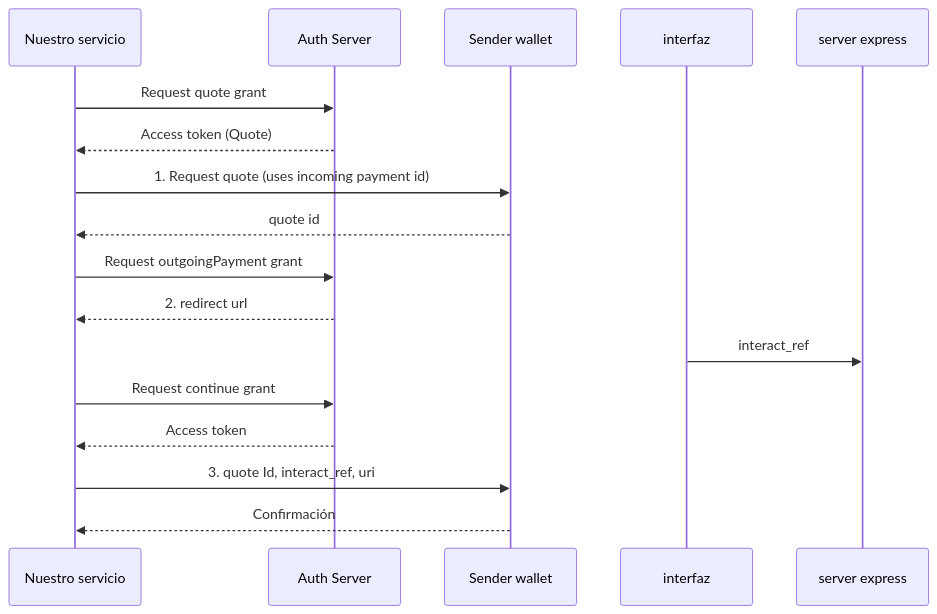
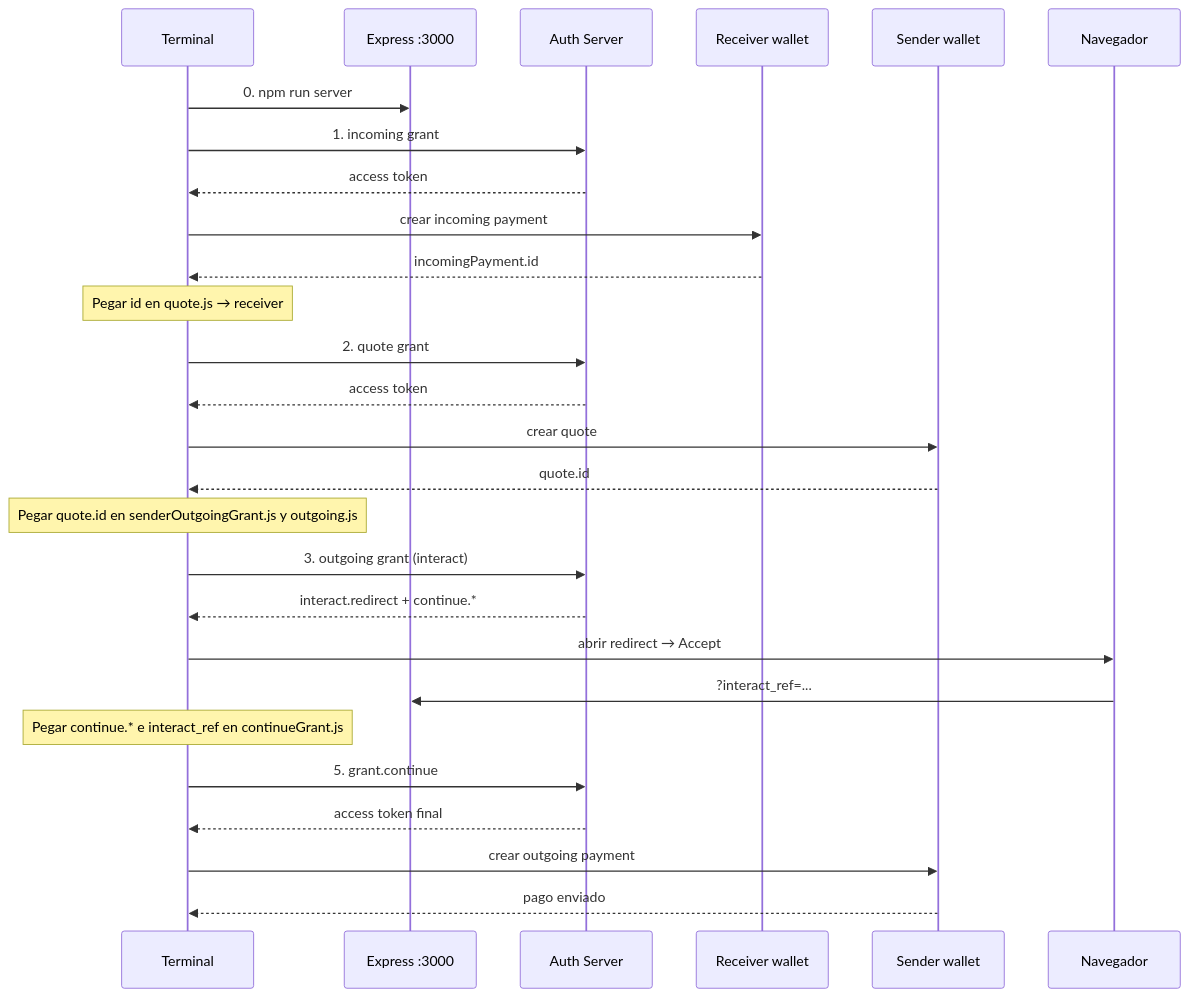
The diagram in README.MD (Its-JrDev/openpayment), drawn with Mermaid before and after one commit. The commit also changed other lines of this file, not shown here.

````diff
--- a/README.MD
+++ b/README.MD
@@ -474,21 +195,30 @@
 ```mermaid
 sequenceDiagram
-    participant Nuestro servicio
+    participant Terminal
+    participant Server as Express :3000
     participant Auth as Auth Server
+    participant Receiver as Receiver wallet
     participant Sender as Sender wallet
-    participant interfaz
-    participant server express
+    participant Browser as Navegador
 
-    %% 2. Quote
-    Nuestro servicio->>Auth: Request quote grant
-    Auth-->>Nuestro servicio: Access token (Quote)
-    Nuestro servicio->>Sender: 1. Request quote (uses incoming payment id)
-    Sender-->>Nuestro servicio: quote id
-    Nuestro servicio->>Auth: Request outgoingPayment grant
-    Auth-->>Nuestro servicio: 2. redirect url
-    interfaz->>server express: interact_ref
-    Nuestro servicio->>Auth: Request continue grant
-    Auth-->>Nuestro servicio: Access token
-    Nuestro servicio->>Sender: 3. quote Id, interact_ref, uri
-    Sender-->>Nuestro servicio: Confirmación
+    Terminal->>Server: 0. npm run server
+    Terminal->>Auth: 1. incoming grant
+    Auth-->>Terminal: access token
+    Terminal->>Receiver: crear incoming payment
+    Receiver-->>Terminal: incomingPayment.id
+    Note over Terminal: Pegar id en quote.js → receiver
+    Terminal->>Auth: 2. quote grant
+    Auth-->>Terminal: access token
+    Terminal->>Sender: crear quote
+    Sender-->>Terminal: quote.id
+    Note over Terminal: Pegar quote.id en senderOutgoingGrant.js y outgoing.js
+    Terminal->>Auth: 3. outgoing grant (interact)
+    Auth-->>Terminal: interact.redirect + continue.*
+    Terminal->>Browser: abrir redirect → Accept
+    Browser->>Server: ?interact_ref=...
+    Note over Terminal: Pegar continue.* e interact_ref en continueGrant.js
+    Terminal->>Auth: 5. grant.continue
+    Auth-->>Terminal: access token final
+    Terminal->>Sender: crear outgoing payment
+    Sender-->>Terminal: pago enviado
 ```
````
